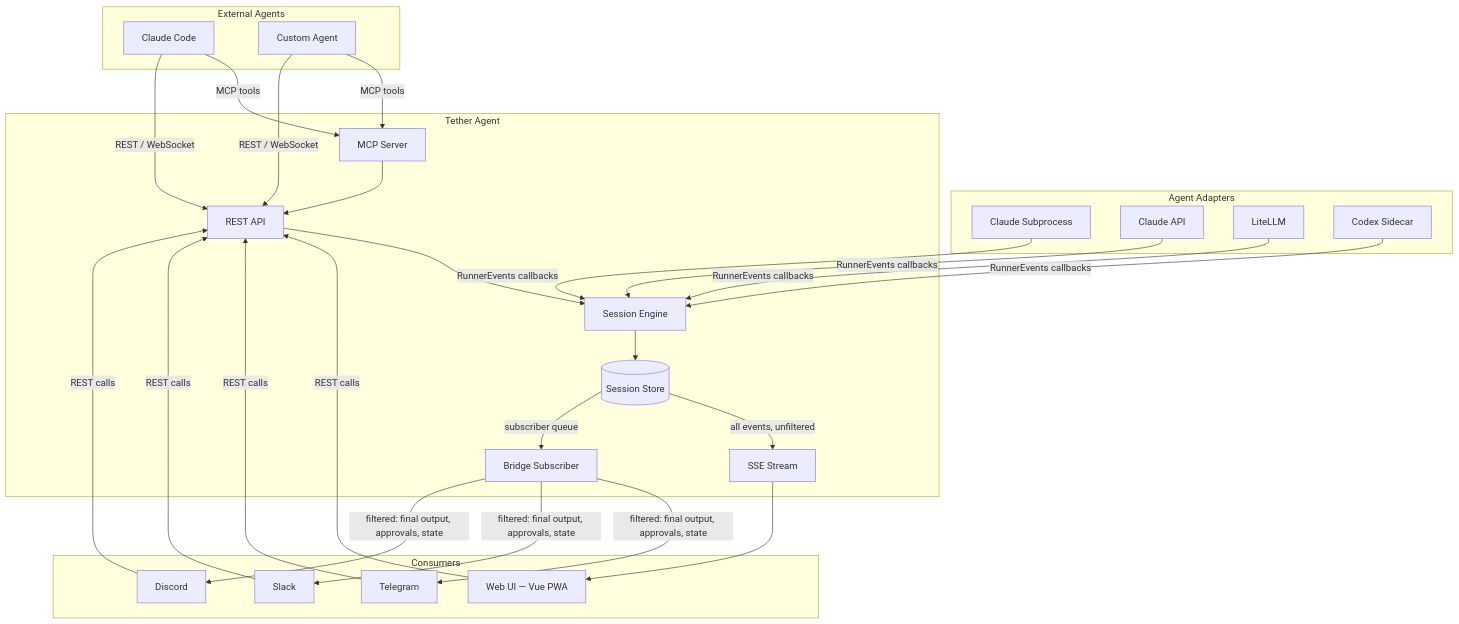
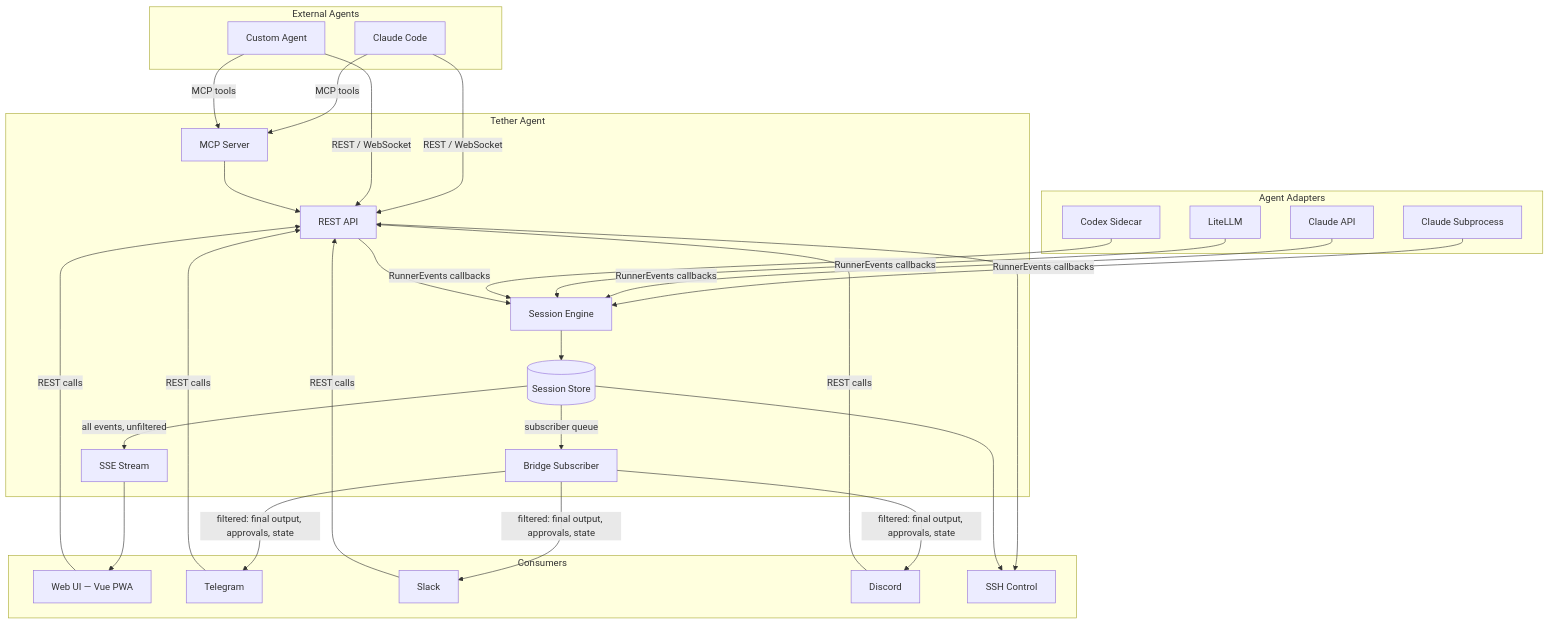
Before and after one commit to Adminrealagi/tether: the first of 4 diagrams in docs/ARCHITECTURE.md, drawn with Mermaid. The commit also changed other lines of this file and 12 other files, not shown here.

````diff
--- a/docs/ARCHITECTURE.md
+++ b/docs/ARCHITECTURE.md
@@ -7,43 +7,46 @@
 ```mermaid
 graph TB
     subgraph External Agents
         EA1[Claude Code]
         EA2[Custom Agent]
     end
 
     subgraph Agent Adapters
         CS[Claude Subprocess]
         CA[Claude API]
         LR[LiteLLM]
         CX[Codex Sidecar]
     end
 
     subgraph Tether Agent
         API[REST API]
         MCP[MCP Server]
         SE[Session Engine]
         Store[(Session Store)]
         SSE[SSE Stream]
         BS[Bridge Subscriber]
     end
 
     subgraph Consumers
         VUE[Web UI — Vue PWA]
         TG[Telegram]
         SL[Slack]
         DC[Discord]
+        SSH[SSH Control]
     end
 
     EA1 & EA2 -->|MCP tools| MCP
     EA1 & EA2 -->|REST / WebSocket| API
     MCP --> API
 
     CS & CA & LR & CX -->|RunnerEvents callbacks| SE
     API --> SE
     SE --> Store
     Store -->|all events, unfiltered| SSE --> VUE
     Store -->|subscriber queue| BS -->|filtered: final output, approvals, state| TG & SL & DC
+    API --> SSH
+    Store --> SSH
 
     VUE -->|REST calls| API
     TG & SL & DC -->|REST calls| API
 ```
````
